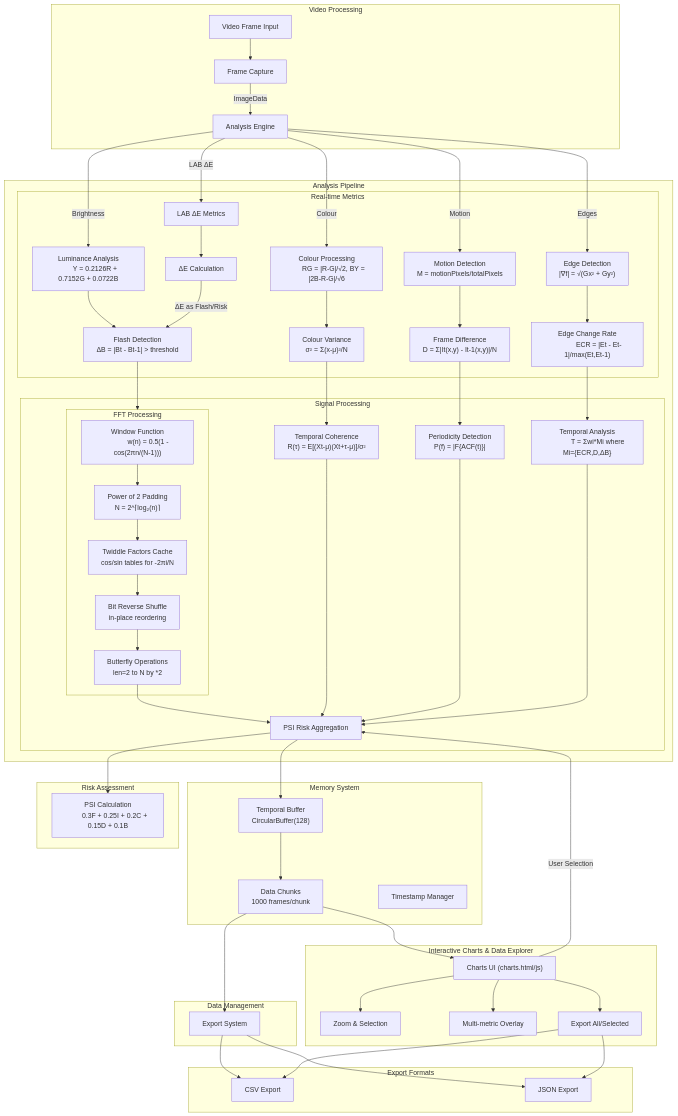
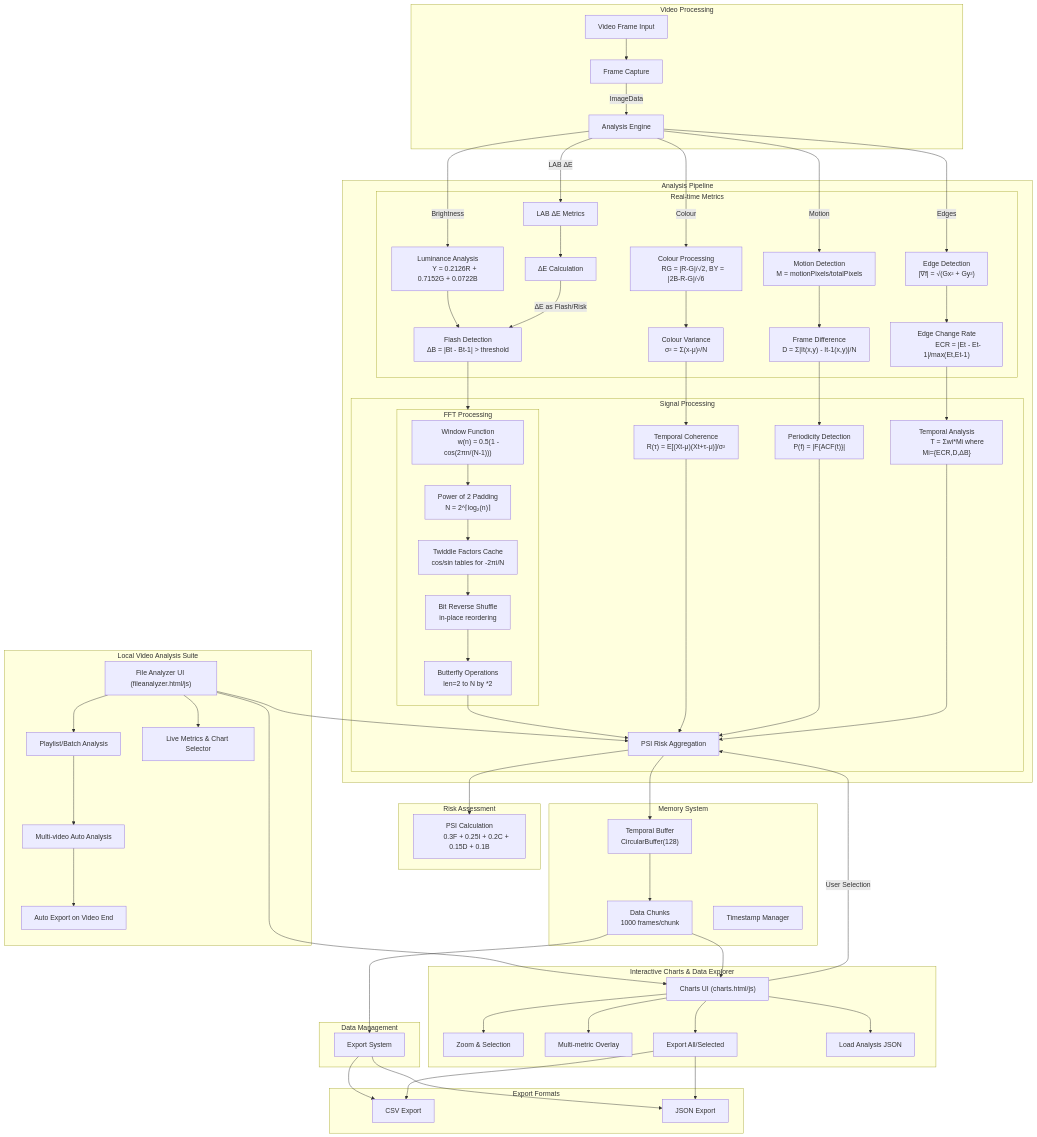
The second of 2 diagrams in README.md (Pi-0r-Tau/EPI-LENS), drawn with Mermaid before and after one commit. The commit also changed other lines of this file, not shown here.

Commit message:
Offline video analysis documentation

````diff
--- a/README.md
+++ b/README.md
@@ -312,4 +337,5 @@
 ```mermaid
+
 graph TB
     subgraph Video_Processing [Video Processing]
         VID[Video Frame Input] --> CAP[Frame Capture]
@@ -398,19 +424,37 @@
         
     end
 
+    %% --- CHANGES/ADDITIONS ---
     subgraph Interactive_Charts [Interactive Charts & Data Explorer]
         CHARTS["Charts UI (charts.html/js)"]
         ZOOM["Zoom & Selection"]
         MULTI["Multi-metric Overlay"]
         EXPORT["Export All/Selected"]
+        LOADJSON["Load Analysis JSON"]
         CHARTS --> ZOOM
         CHARTS --> MULTI
         CHARTS --> EXPORT
+        CHARTS --> LOADJSON
         EXPORT --> CSV
         EXPORT --> JSN
         
     end
 
+    subgraph Local_Analysis [Local Video Analysis Suite]
+        FILEUI["File Analyzer UI (fileanalyzer.html/js)"]
+        PLAYLIST["Playlist/Batch Analysis"]
+        LIVECHART["Live Metrics & Chart Selector"]
+        MULTIVIDEO["Multi-video Auto Analysis"]
+        FILEEXPORT["Auto Export on Video End"]
+        FILEUI --> PLAYLIST
+        FILEUI --> LIVECHART
+        PLAYLIST --> MULTIVIDEO
+        MULTIVIDEO --> FILEEXPORT
+        FILEUI --> CHARTS
+    end
+
     CHK --> CHARTS
     CHARTS -->|User Selection| AGG
+    FILEUI --> AGG
+
 ```
````
